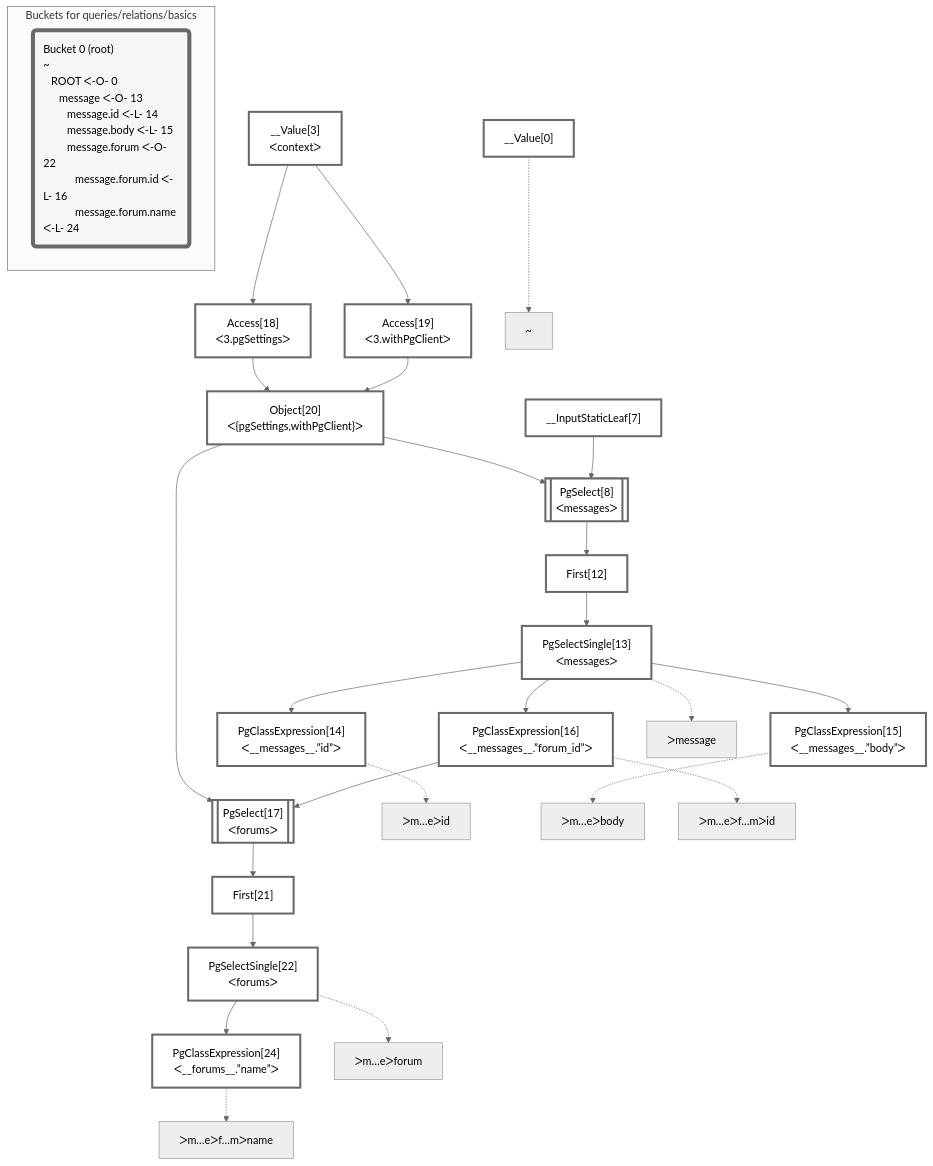
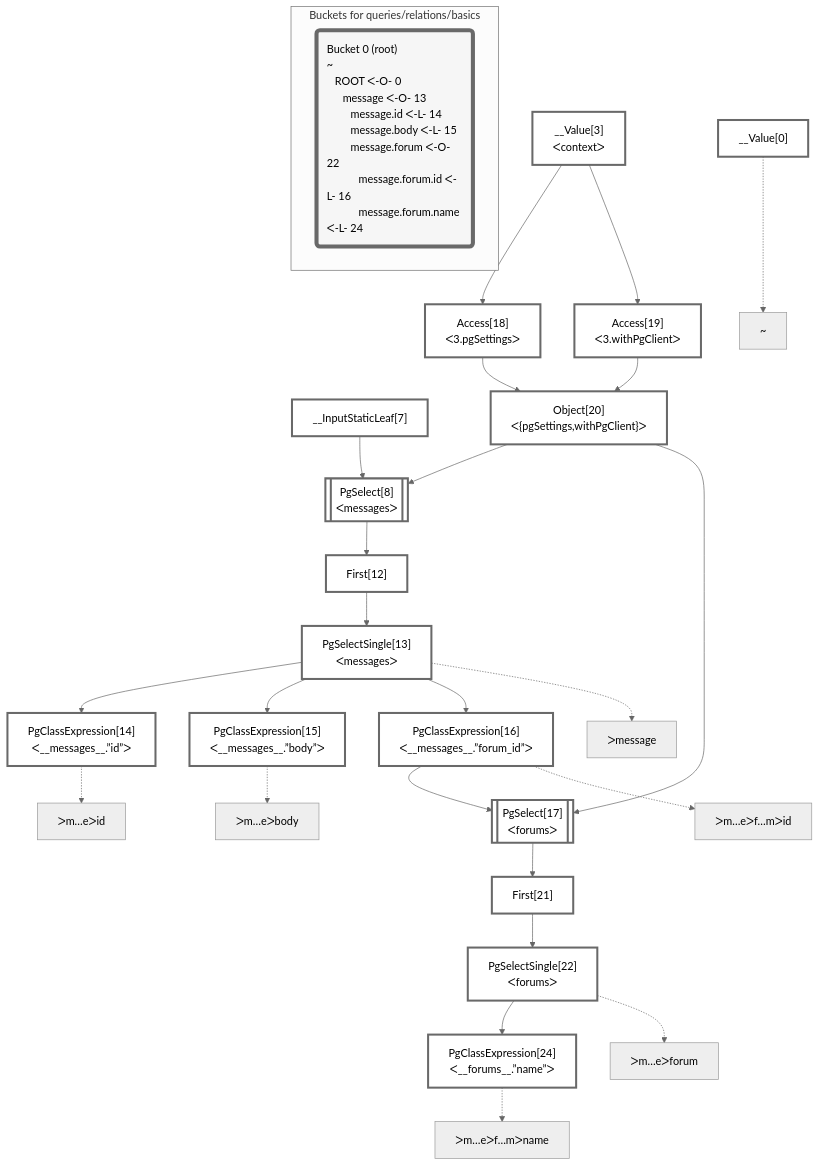
One commit to graphile/crystal changed the diagram in packages/dataplan-pg/__tests__/queries/relations/basics.deopt.mermaid.md. Above: the diagram before and after it, drawn with Mermaid (neutral theme). The commit also changed other lines of this file and 195 other files, not shown here.

Commit message:
Reorder graphs

````diff
--- a/packages/dataplan-pg/__tests__/queries/relations/basics.deopt.mermaid.md
+++ b/packages/dataplan-pg/__tests__/queries/relations/basics.deopt.mermaid.md
@@ -1,64 +1,64 @@
 ```mermaid
 graph TD
     classDef path fill:#eee,stroke:#000,color:#000
     classDef plan fill:#fff,stroke-width:3px,color:#000
     classDef itemplan fill:#fff,stroke-width:6px,color:#000
     classDef sideeffectplan fill:#f00,stroke-width:6px,color:#000
     classDef bucket fill:#f6f6f6,color:#000,stroke-width:6px,text-align:left
 
 
     %% define plans
     __Value0["__Value[0]"]:::plan
+    __Value3["__Value[3]<br />ᐸcontextᐳ"]:::plan
+    __InputStaticLeaf7["__InputStaticLeaf[7]"]:::plan
+    Access18["Access[18]<br />ᐸ3.pgSettingsᐳ"]:::plan
+    Access19["Access[19]<br />ᐸ3.withPgClientᐳ"]:::plan
+    Object20["Object[20]<br />ᐸ{pgSettings,withPgClient}ᐳ"]:::plan
+    PgSelect8[["PgSelect[8]<br />ᐸmessagesᐳ"]]:::plan
+    First12["First[12]"]:::plan
+    PgSelectSingle13["PgSelectSingle[13]<br />ᐸmessagesᐳ"]:::plan
     PgClassExpression14["PgClassExpression[14]<br />ᐸ__messages__.”id”ᐳ"]:::plan
     PgClassExpression15["PgClassExpression[15]<br />ᐸ__messages__.”body”ᐳ"]:::plan
+    PgClassExpression16["PgClassExpression[16]<br />ᐸ__messages__.”forum_id”ᐳ"]:::plan
+    PgSelect17[["PgSelect[17]<br />ᐸforumsᐳ"]]:::plan
+    First21["First[21]"]:::plan
+    PgSelectSingle22["PgSelectSingle[22]<br />ᐸforumsᐳ"]:::plan
     PgClassExpression24["PgClassExpression[24]<br />ᐸ__forums__.”name”ᐳ"]:::plan
-    PgSelectSingle22["PgSelectSingle[22]<br />ᐸforumsᐳ"]:::plan
-    First21["First[21]"]:::plan
-    PgSelect17[["PgSelect[17]<br />ᐸforumsᐳ"]]:::plan
-    PgClassExpression16["PgClassExpression[16]<br />ᐸ__messages__.”forum_id”ᐳ"]:::plan
-    PgSelectSingle13["PgSelectSingle[13]<br />ᐸmessagesᐳ"]:::plan
-    First12["First[12]"]:::plan
-    PgSelect8[["PgSelect[8]<br />ᐸmessagesᐳ"]]:::plan
-    Object20["Object[20]<br />ᐸ{pgSettings,withPgClient}ᐳ"]:::plan
-    Access18["Access[18]<br />ᐸ3.pgSettingsᐳ"]:::plan
-    Access19["Access[19]<br />ᐸ3.withPgClientᐳ"]:::plan
-    __Value3["__Value[3]<br />ᐸcontextᐳ"]:::plan
-    __InputStaticLeaf7["__InputStaticLeaf[7]"]:::plan
 
     %% plan dependencies
+    __Value3 --> Access18
+    __Value3 --> Access19
+    Access18 & Access19 --> Object20
+    Object20 & __InputStaticLeaf7 --> PgSelect8
+    PgSelect8 --> First12
+    First12 --> PgSelectSingle13
     PgSelectSingle13 --> PgClassExpression14
     PgSelectSingle13 --> PgClassExpression15
+    PgSelectSingle13 --> PgClassExpression16
+    Object20 & PgClassExpression16 --> PgSelect17
+    PgSelect17 --> First21
+    First21 --> PgSelectSingle22
     PgSelectSingle22 --> PgClassExpression24
-    First21 --> PgSelectSingle22
-    PgSelect17 --> First21
-    Object20 & PgClassExpression16 --> PgSelect17
-    PgSelectSingle13 --> PgClassExpression16
-    First12 --> PgSelectSingle13
-    PgSelect8 --> First12
-    Object20 & __InputStaticLeaf7 --> PgSelect8
-    Access18 & Access19 --> Object20
-    __Value3 --> Access18
-    __Value3 --> Access19
 
     %% plan-to-path relationships
     P0["~"]
     __Value0 -.-> P0
     P13["ᐳmessage"]
     PgSelectSingle13 -.-> P13
     P14["ᐳm…eᐳid"]
     PgClassExpression14 -.-> P14
     P15["ᐳm…eᐳbody"]
     PgClassExpression15 -.-> P15
     P16["ᐳm…eᐳf…mᐳid"]
     PgClassExpression16 -.-> P16
     P22["ᐳm…eᐳforum"]
     PgSelectSingle22 -.-> P22
     P24["ᐳm…eᐳf…mᐳname"]
     PgClassExpression24 -.-> P24
 
     subgraph "Buckets for queries/relations/basics"
     Bucket0("Bucket 0 (root)<br />~<br />⠀ROOT ᐸ-O- 0<br />⠀⠀message ᐸ-O- 13<br />⠀⠀⠀message.id ᐸ-L- 14<br />⠀⠀⠀message.body ᐸ-L- 15<br />⠀⠀⠀message.forum ᐸ-O- 22<br />⠀⠀⠀⠀message.forum.id ᐸ-L- 16<br />⠀⠀⠀⠀message.forum.name ᐸ-L- 24"):::bucket
     classDef bucket0 stroke:#696969
     class Bucket0,__Value0,__Value3,__InputStaticLeaf7,PgSelect8,First12,PgSelectSingle13,PgClassExpression14,PgClassExpression15,PgClassExpression16,PgSelect17,Access18,Access19,Object20,First21,PgSelectSingle22,PgClassExpression24 bucket0
     end
 ```
````
